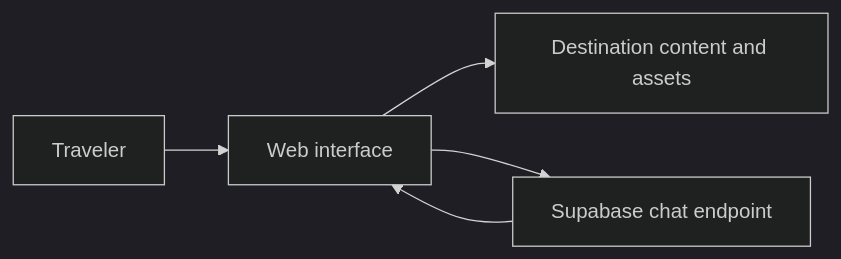
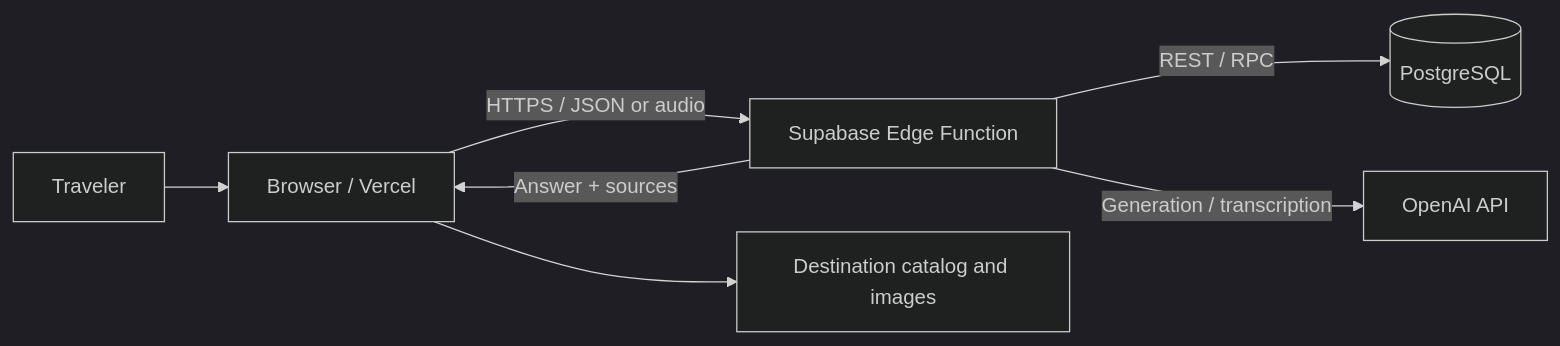
The diagram in README.md (FahmiRfld-Tech/wisatabatam), drawn with Mermaid (dark theme) before and after one commit. The commit also changed other lines of this file and 61 other files, not shown here.

````diff
--- a/README.md
+++ b/README.md
@@ -21,7 +19,9 @@
 ```mermaid
 flowchart LR
-    U[Traveler] --> F[Web interface]
-    F --> D[Destination content and assets]
-    F --> S[Supabase chat endpoint]
-    S --> F
+    U[Traveler] --> F[Browser / Vercel]
+    F -->|HTTPS / JSON or audio| E[Supabase Edge Function]
+    E -->|REST / RPC| D[(PostgreSQL)]
+    E -->|Generation / transcription| A[OpenAI API]
+    E -->|Answer + sources| F
+    F --> C[Destination catalog and images]
 ```
````
